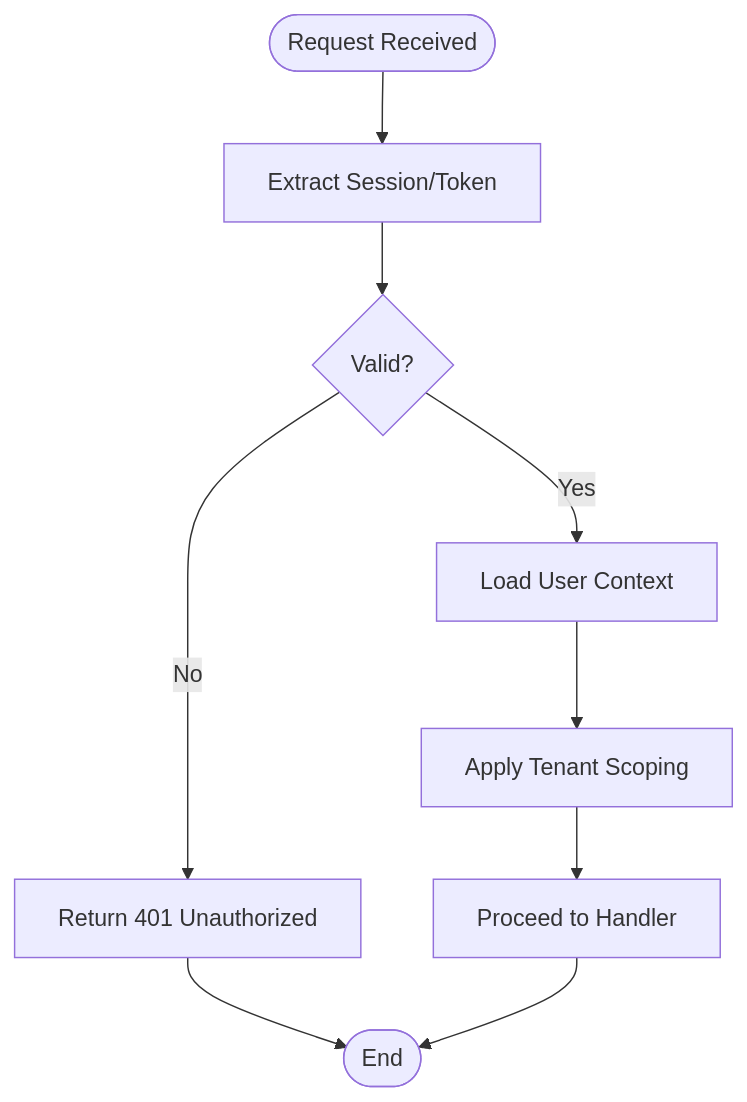
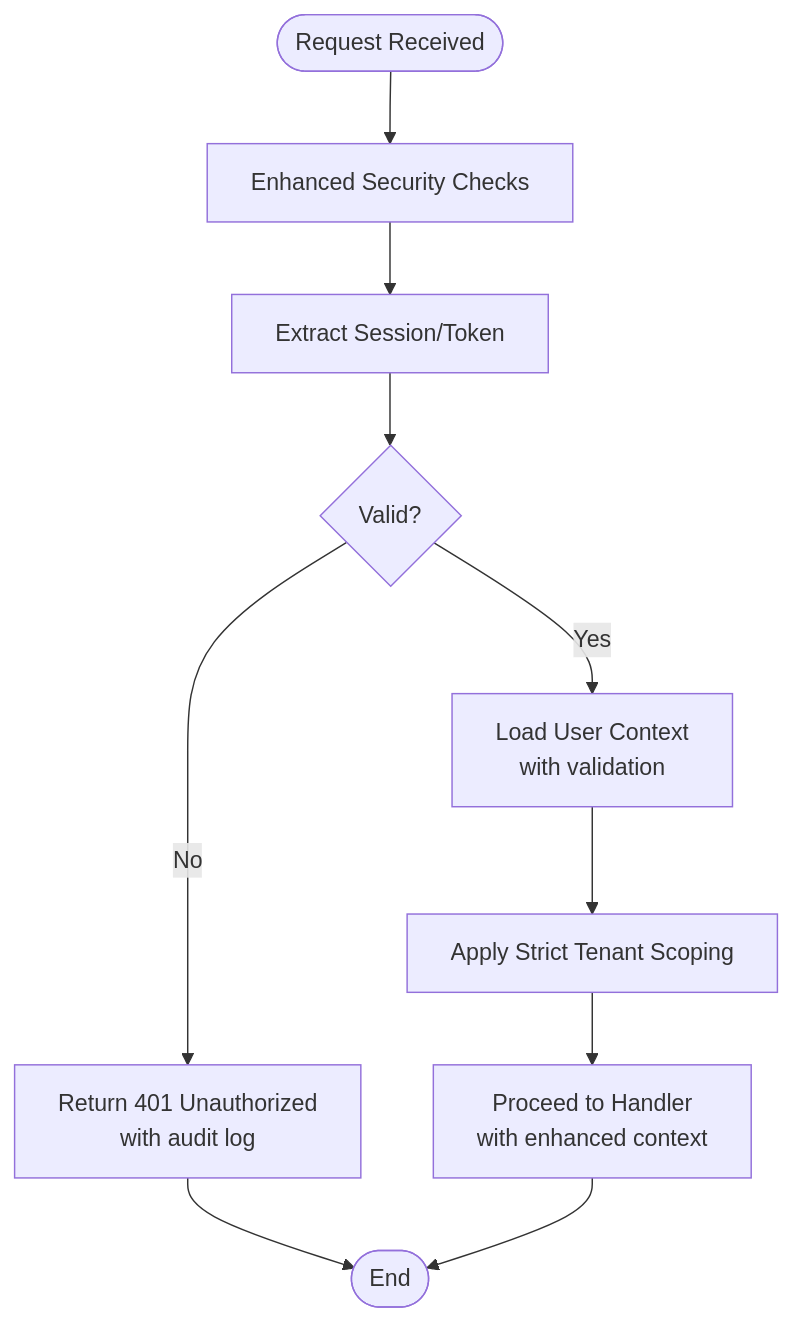
One commit to zuohaisu/wecom-archive changed the third of 5 diagrams in .qoder/repowiki/en/content/Architecture/Web Application Architecture/Authentication & Authorization.md. Above: the diagram before and after it, drawn with Mermaid. The commit also changed other lines of this file and 148 other files, not shown here.

````diff
--- a/.qoder/repowiki/en/content/Architecture/Web Application Architecture/Authentication & Authorization.md
+++ b/.qoder/repowiki/en/content/Architecture/Web Application Architecture/Authentication & Authorization.md
@@ -149,11 +158,12 @@
 ```mermaid
 flowchart TD
-Start(["Request Received"]) --> Extract["Extract Session/Token"]
+Start(["Request Received"]) --> SecurityCheck["Enhanced Security Checks"]
+SecurityCheck --> Extract["Extract Session/Token"]
 Extract --> Valid{"Valid?"}
-Valid --> |No| Deny["Return 401 Unauthorized"]
-Valid --> |Yes| LoadUser["Load User Context"]
-LoadUser --> TenantScope["Apply Tenant Scoping"]
-TenantScope --> Next["Proceed to Handler"]
+Valid --> |No| Deny["Return 401 Unauthorized<br/>with audit log"]
+Valid --> |Yes| LoadUser["Load User Context<br/>with validation"]
+LoadUser --> TenantScope["Apply Strict Tenant Scoping"]
+TenantScope --> Next["Proceed to Handler<br/>with enhanced context"]
 Deny --> End(["End"])
 Next --> End
 ```
````
